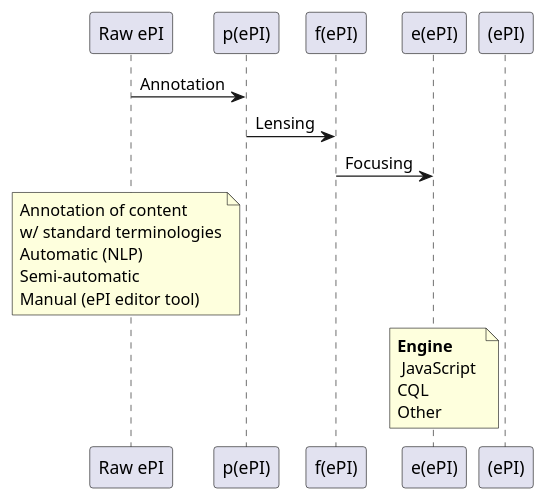
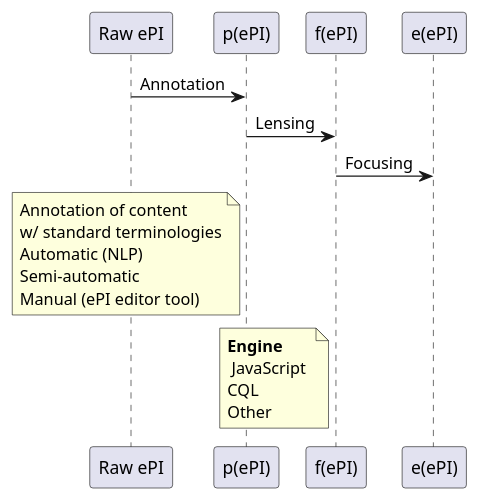
One commit to hl7-eu/gravitate-health changed the diagram in input/images-source/e2e-focusing.plantuml. Above: the diagram before and after it, drawn with PlantUML. The commit also changed 2 other files, not shown here.

```diff
--- a/input/images-source/e2e-focusing.plantuml
+++ b/input/images-source/e2e-focusing.plantuml
@@ -1,17 +1,17 @@
 @startuml 
 
 
 "Raw ePI"-> "p(ePI)": Annotation
 
 
 "p(ePI)"->"f(ePI)": Lensing
 
 
 "f(ePI)"->"e(ePI)": Focusing
 
 note left of "p(ePI)": Annotation of content \nw/ standard terminologies\nAutomatic (NLP)\nSemi-automatic\nManual (ePI editor tool)
 
 
-note left of "(ePI)": **Engine**\n JavaScript \nCQL\nOther
+note left of "f(ePI)": **Engine**\n JavaScript \nCQL\nOther
 
 @enduml
```
